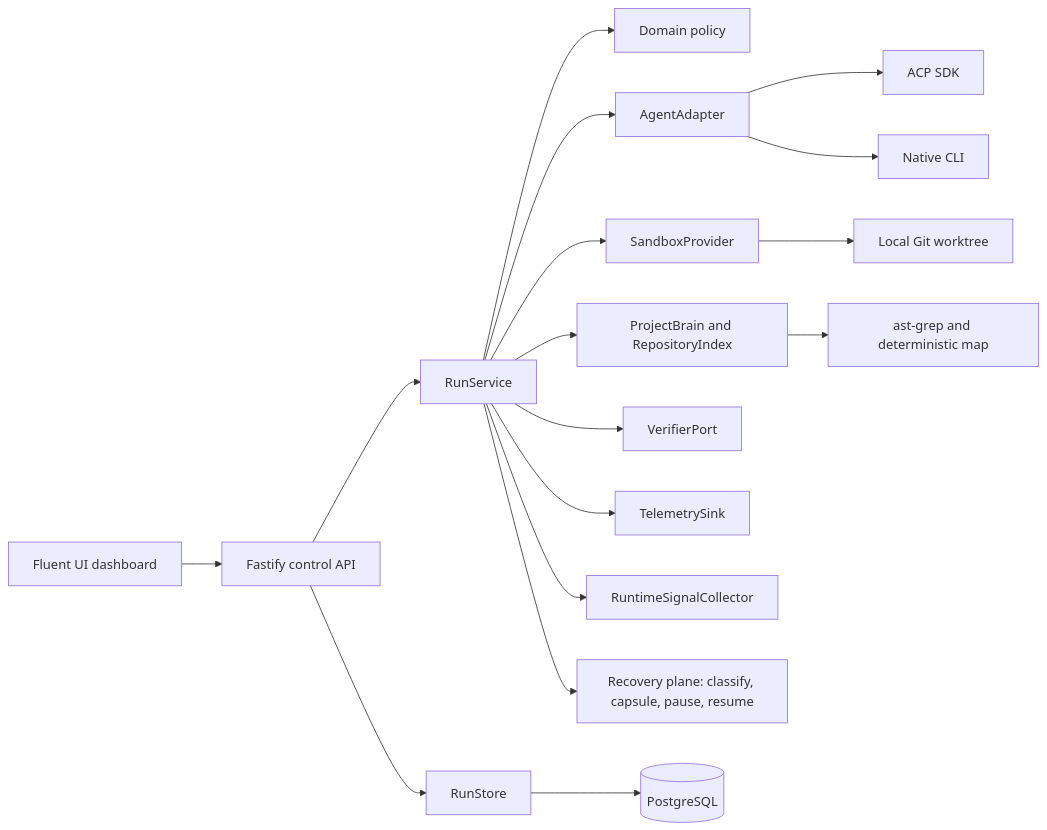
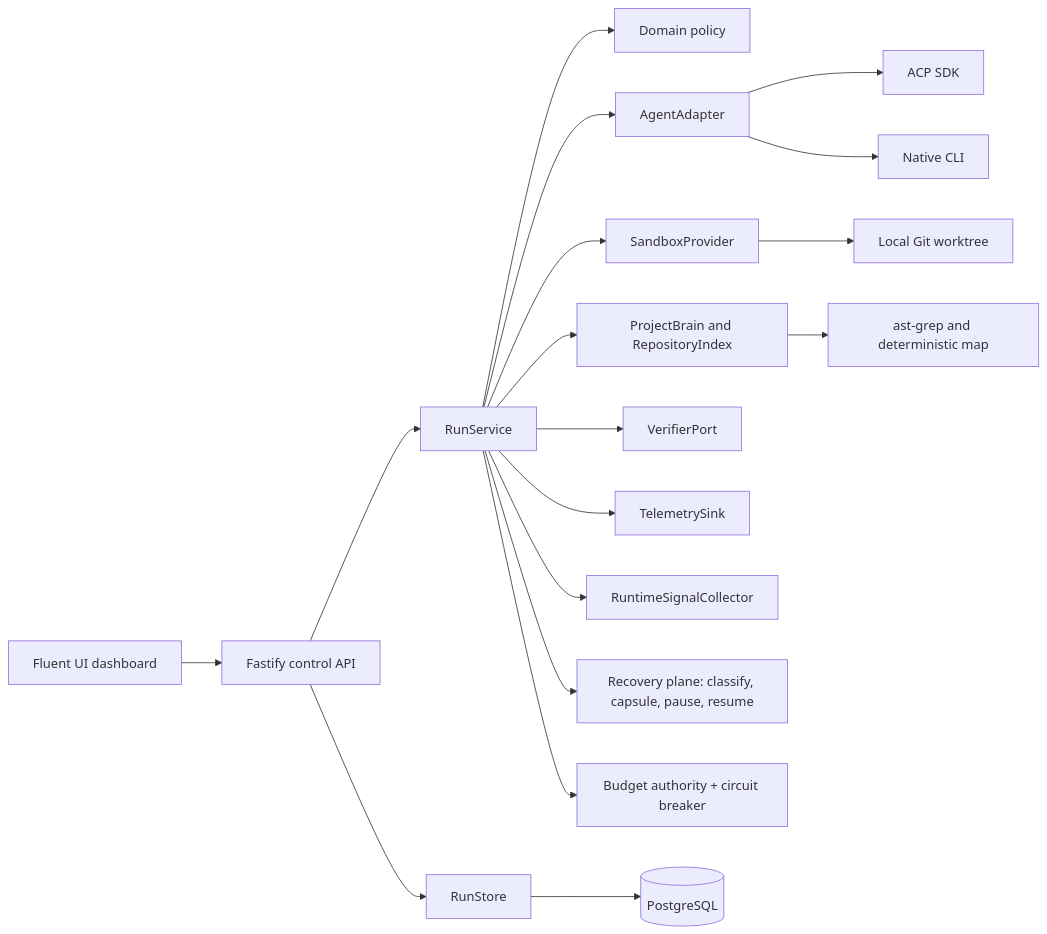
One commit to Duckz289/MAF changed the diagram in ARCHITECTURE.md. Above: the diagram before and after it, drawn with Mermaid. The commit also changed other lines of this file and 16 other files, not shown here.

````diff
--- a/ARCHITECTURE.md
+++ b/ARCHITECTURE.md
@@ -6,19 +6,20 @@
 ```mermaid
 flowchart LR
   API[Fastify control API] --> RUN[RunService]
   UI[Fluent UI dashboard] --> API
   RUN --> CORE[Domain policy]
   RUN --> AGENT[AgentAdapter]
   RUN --> SANDBOX[SandboxProvider]
   RUN --> BRAIN[ProjectBrain and RepositoryIndex]
   RUN --> VERIFY[VerifierPort]
   RUN --> TELEMETRY[TelemetrySink]
   RUN --> SIGNALS[RuntimeSignalCollector]
   RUN --> RECOVERY[Recovery plane: classify, capsule, pause, resume]
+  RUN --> BUDGET[Budget authority + circuit breaker]
   AGENT --> ACP[ACP SDK]
   AGENT --> CLI[Native CLI]
   SANDBOX --> WORKTREE[Local Git worktree]
   BRAIN --> AST[ast-grep and deterministic map]
   API --> STORE[RunStore]
   STORE --> PG[(PostgreSQL)]
 ```
````
